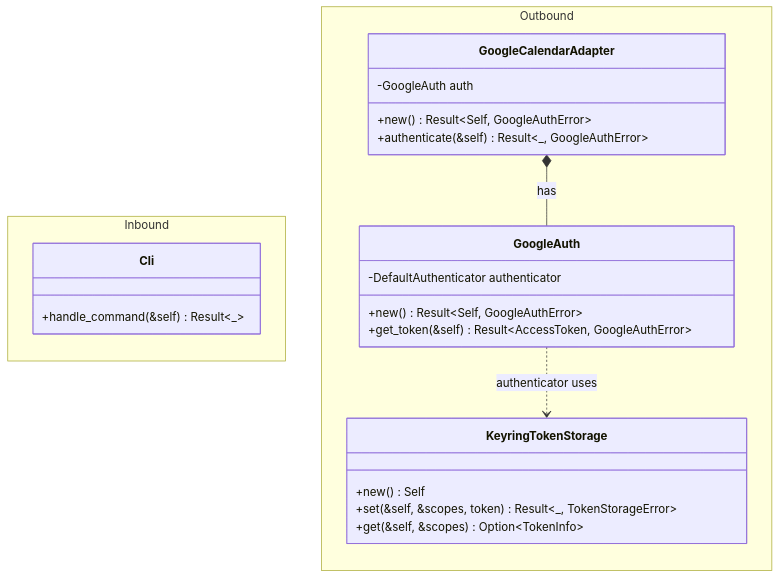
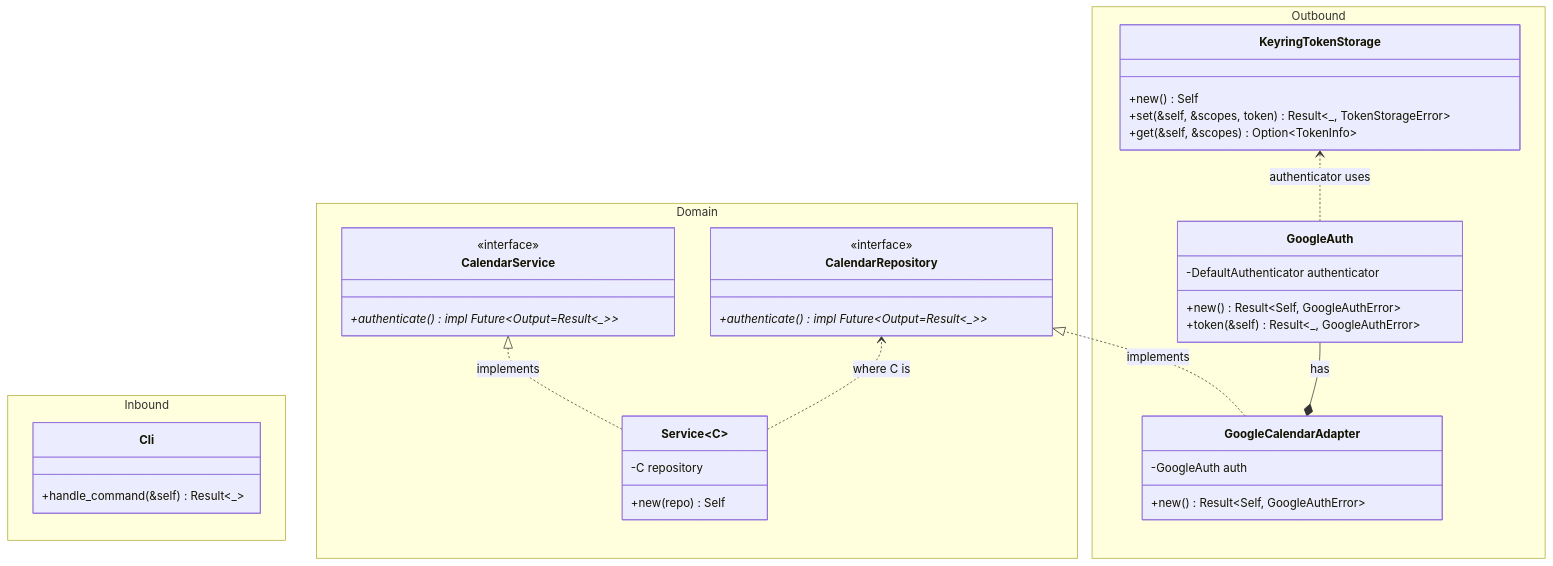
The diagram in docs/class.md (rvnkcode/dawn), drawn with Mermaid before and after one commit.

Commit message:
docs: updated class diagram - domain layer calendar service and repository

````diff
--- a/docs/class.md
+++ b/docs/class.md
@@ -5,33 +5,53 @@
 ```mermaid
 classDiagram
   direction BT
 
   namespace Inbound {
     class Cli {
       +handle_command(&self) Result~_~
+    }
+  }
+
+  namespace Domain {
+    class CalendarService {
+      <<interface>>
+      +authenticate()* impl Future~Output=Result~_~~
+    }
+
+    class CalendarRepository {
+      <<interface>>
+      +authenticate()* impl Future~Output=Result~_~~
+    }
+
+    class Service~C~ {
+      -C repository
+      +new(repo) Self
     }
   }
 
   namespace Outbound {
     class KeyringTokenStorage {
       +new() Self
       +set(&self, &scopes, token) Result~_, TokenStorageError~
       +get(&self, &scopes) Option~TokenInfo~
     }
 
     class GoogleAuth {
       -DefaultAuthenticator authenticator
       +new() Result~Self, GoogleAuthError~
-      +get_token(&self) Result~AccessToken, GoogleAuthError~
+      +token(&self) Result~_, GoogleAuthError~
     }
 
     class GoogleCalendarAdapter {
       -GoogleAuth auth
       +new() Result~Self, GoogleAuthError~
-      +authenticate(&self) Result~_, GoogleAuthError~
     }
   }
 
+  Service~C~ ..|> CalendarService : implements
+  Service~C~ ..> CalendarRepository : where C is
+
   GoogleAuth ..> KeyringTokenStorage : authenticator uses
   GoogleCalendarAdapter *-- GoogleAuth : has
+  GoogleCalendarAdapter ..|> CalendarRepository : implements
 ```
````
